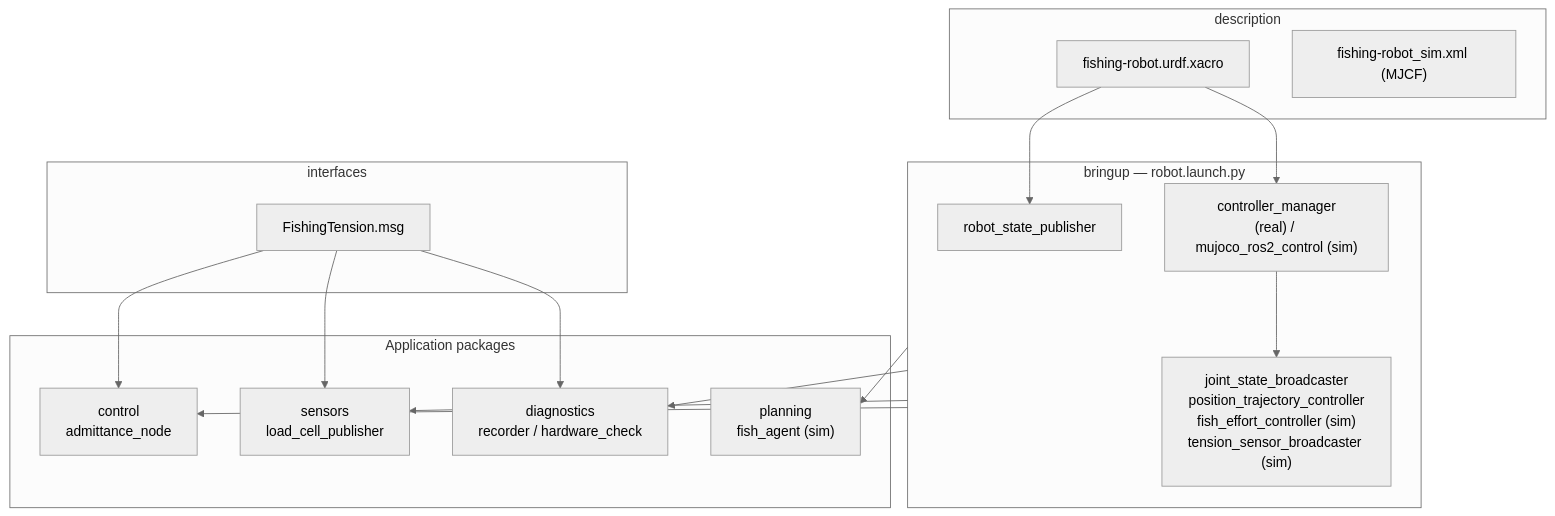
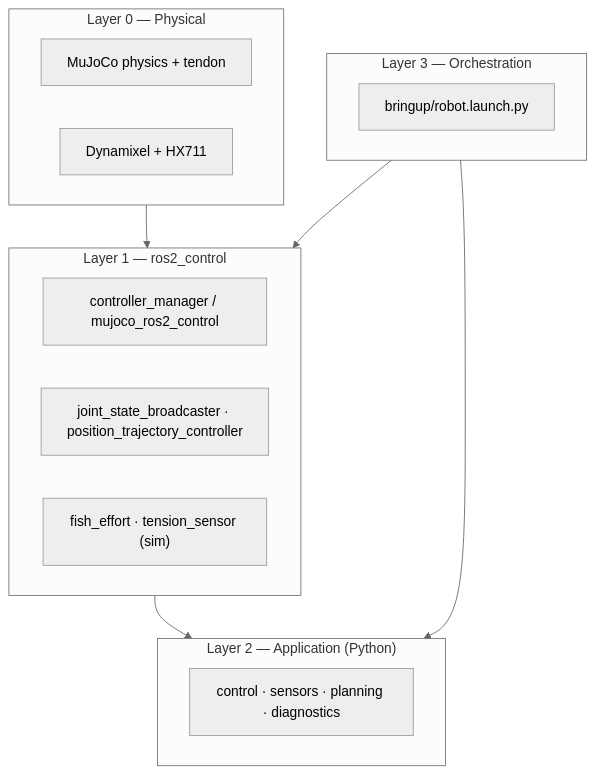
One commit to nzge/fishing-bot changed the diagram in software/docs/overview.md. Above: the diagram before and after it, drawn with Mermaid (neutral theme). The commit also changed other lines of this file and 49 other files, not shown here.

````diff
--- a/software/docs/overview.md
+++ b/software/docs/overview.md
@@ -9,35 +120,22 @@
 ```{mermaid}
 flowchart TB
-    subgraph bringup_pkg["bringup &mdash; robot.launch.py"]
-        RSP[robot_state_publisher]
-        CM["controller_manager<br/>(real) / mujoco_ros2_control (sim)"]
-        Spawners["joint_state_broadcaster<br/>position_trajectory_controller<br/>fish_effort_controller (sim)<br/>tension_sensor_broadcaster (sim)"]
+    subgraph L0["Layer 0 — Physical"]
+        SIM["MuJoCo physics + tendon"]
+        HW["Dynamixel + HX711"]
     end
-
-    subgraph apps["Application packages"]
-        CTRL["control<br/>admittance_node"]
-        SENS["sensors<br/>load_cell_publisher"]
-        PLAN["planning<br/>fish_agent (sim)"]
-        DIAG["diagnostics<br/>recorder / hardware_check"]
+    subgraph L1["Layer 1 — ros2_control"]
+        CM["controller_manager / mujoco_ros2_control"]
+        CTRL["joint_state_broadcaster · position_trajectory_controller"]
+        SIMCTRL["fish_effort · tension_sensor (sim)"]
     end
-
-    subgraph desc["description"]
-        URDF["fishing-robot.urdf.xacro"]
-        MJCF["fishing-robot_sim.xml (MJCF)"]
+    subgraph L2["Layer 2 — Application (Python)"]
+        APP["control · sensors · planning · diagnostics"]
     end
-
-    subgraph ifaces["interfaces"]
-        MSG["FishingTension.msg"]
+    subgraph L3["Layer 3 — Orchestration"]
+        BR["bringup/robot.launch.py"]
     end
-
-    URDF --> RSP
-    URDF --> CM
-    CM --> Spawners
-    bringup_pkg --> CTRL
-    bringup_pkg --> SENS
-    bringup_pkg --> PLAN
-    bringup_pkg --> DIAG
-    MSG --> CTRL
-    MSG --> SENS
-    MSG --> DIAG
+    L0 --> L1
+    L1 --> L2
+    L3 --> L1
+    L3 --> L2
 ```
````
